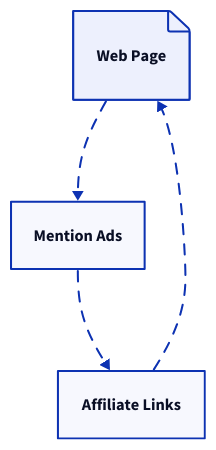
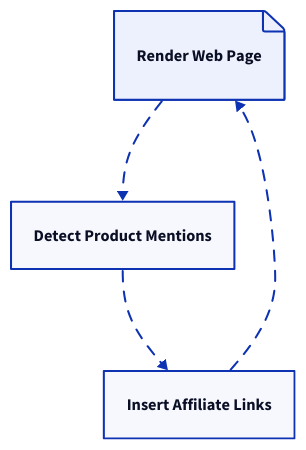
Before and after one commit to mentionlink/frontend: the diagram in HERO.d2, drawn with D2.

Commit message:
this is it diagram wise

```diff
--- a/HERO.d2
+++ b/HERO.d2
@@ -1,15 +1,12 @@
 # Copyright 2025 Mention Ads. All rights reserved.
 # Use of this source code is governed by the PolyForm Shield 1.0.0 license
 # that can be found in the LICENSE.md file at the root of this repository.
 
 # d2 --sketch --theme=0   HERO.d2 packages/pages/src/assets/hero.light.svg
 # d2 --sketch --theme=200 HERO.d2 packages/pages/src/assets/hero.dark.svg
 # svgo packages/pages/src/assets/hero.light.svg packages/pages/src/assets/hero.dark.svg
 
-Web Page -> Mention Ads: {style.animated: true}
-
-Mention Ads -> Affiliate Links: {style.animated: true}
-
-Affiliate Links -> Web Page: {style.animated: true}
-
-Web Page.shape: page
+Render Web Page.shape: page
+Render Web Page -> Detect Product Mentions: {style.animated: true}
+Detect Product Mentions -> Insert Affiliate Links: {style.animated: true}
+Insert Affiliate Links -> Render Web Page: {style.animated: true}
```
